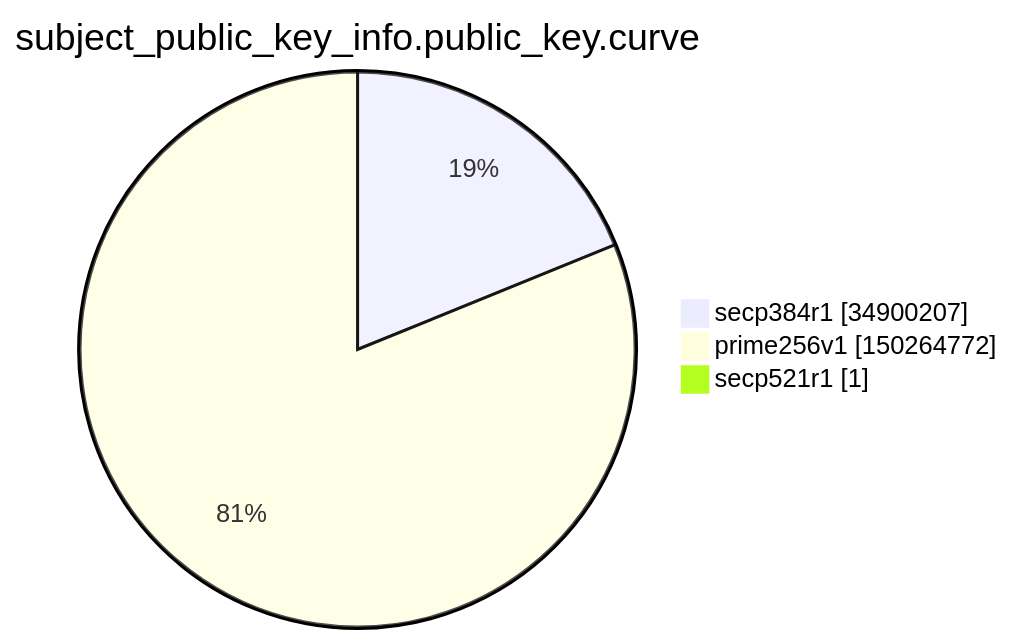
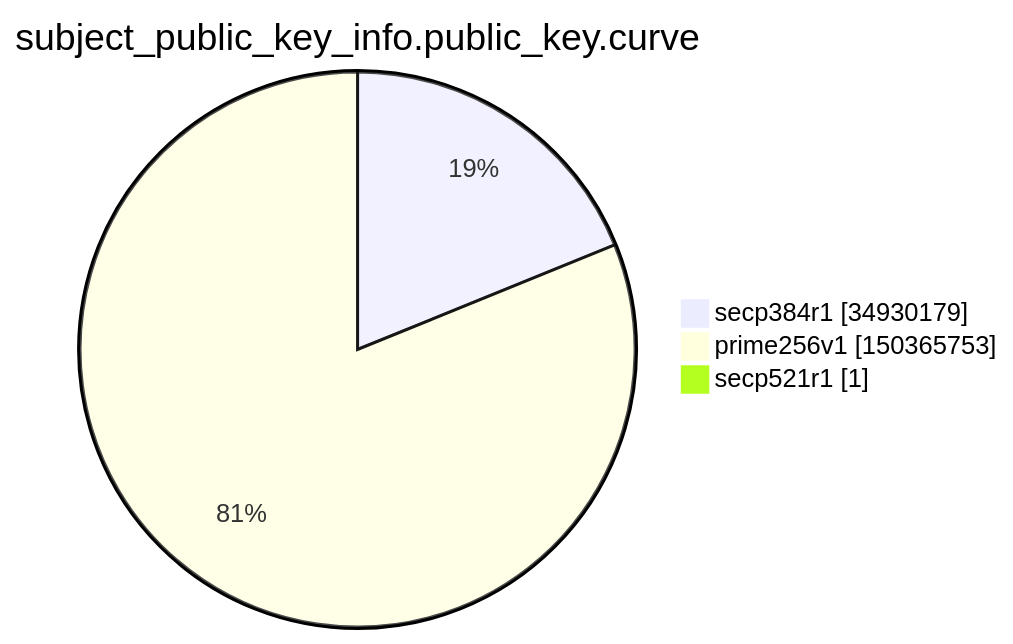
Before and after one commit to christiankrug/ctmonitor_visualization: the ninth of 15 diagrams in argon2022/README.md, drawn with Mermaid. The commit also changed other lines of this file, not shown here.

````diff
--- a/argon2022/README.md
+++ b/argon2022/README.md
@@ -2765,7 +2765,7 @@
 ```mermaid
 pie showData
 title subject_public_key_info.public_key.curve
-"secp384r1" :34900207
-"prime256v1" :150264772
+"secp384r1" :34930179
+"prime256v1" :150365753
 "secp521r1" :1
 ```
````
